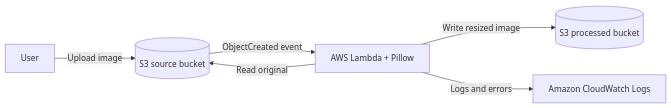
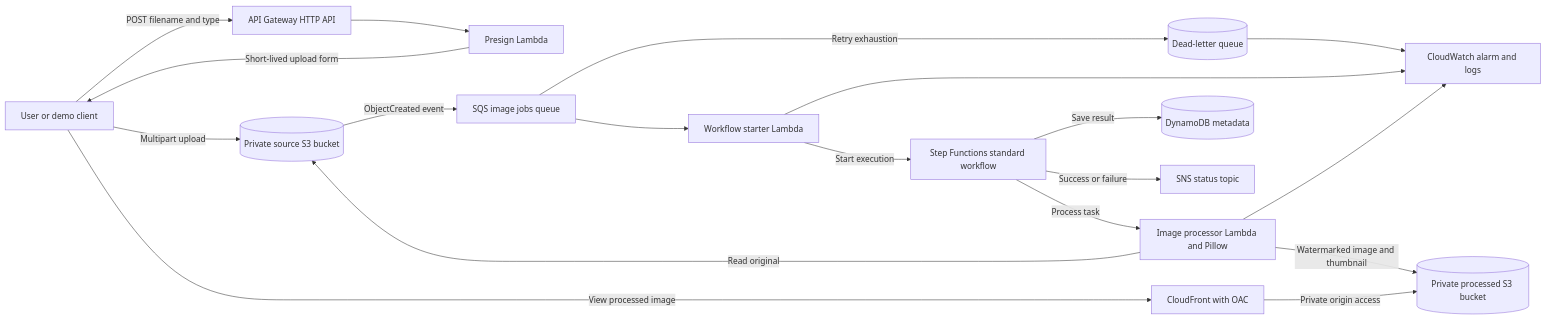
The diagram in architecture.mmd (SamehYahia/aws-serverless-image-processor), drawn with Mermaid before and after one commit. The commit also changed 8 other files, not shown here.

```diff
--- a/architecture.mmd
+++ b/architecture.mmd
@@ -1,6 +1,19 @@
 flowchart LR
-    U[User] -->|Upload image| S[(S3 source bucket)]
-    S -->|ObjectCreated event| L[AWS Lambda + Pillow]
+    U[User or demo client] -->|POST filename and type| API[API Gateway HTTP API]
+    API --> P[Presign Lambda]
+    P -->|Short-lived upload form| U
+    U -->|Multipart upload| S[(Private source S3 bucket)]
+    S -->|ObjectCreated event| Q[SQS image jobs queue]
+    Q -->|Retry exhaustion| DLQ[(Dead-letter queue)]
+    Q --> D[Workflow starter Lambda]
+    D -->|Start execution| SF[Step Functions standard workflow]
+    SF -->|Process task| L[Image processor Lambda and Pillow]
     L -->|Read original| S
-    L -->|Write resized image| D[(S3 processed bucket)]
-    L -->|Logs and errors| C[Amazon CloudWatch Logs]
+    L -->|Watermarked image and thumbnail| O[(Private processed S3 bucket)]
+    SF -->|Save result| DB[(DynamoDB metadata)]
+    SF -->|Success or failure| SNS[SNS status topic]
+    CF[CloudFront with OAC] -->|Private origin access| O
+    U -->|View processed image| CF
+    DLQ --> CW[CloudWatch alarm and logs]
+    D --> CW
+    L --> CW
```
